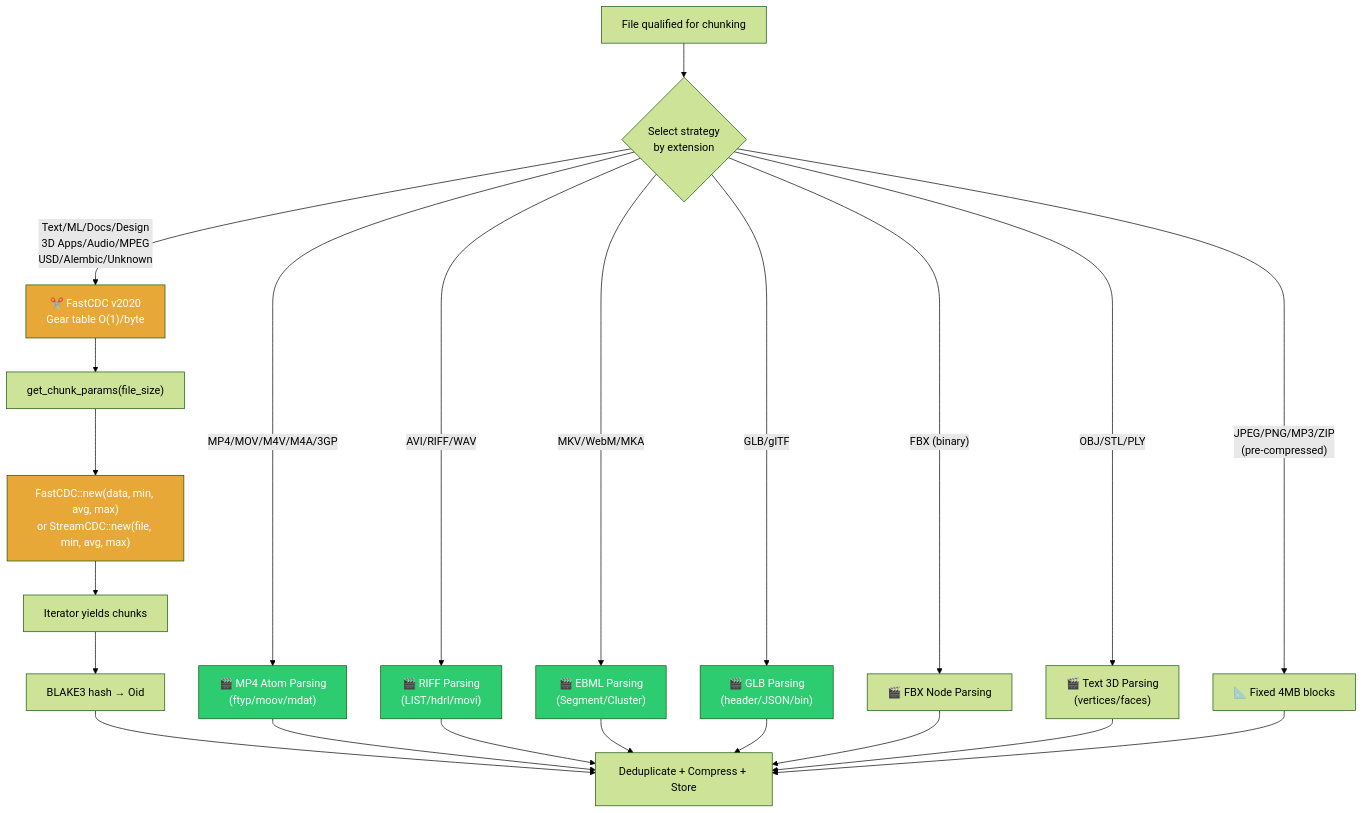
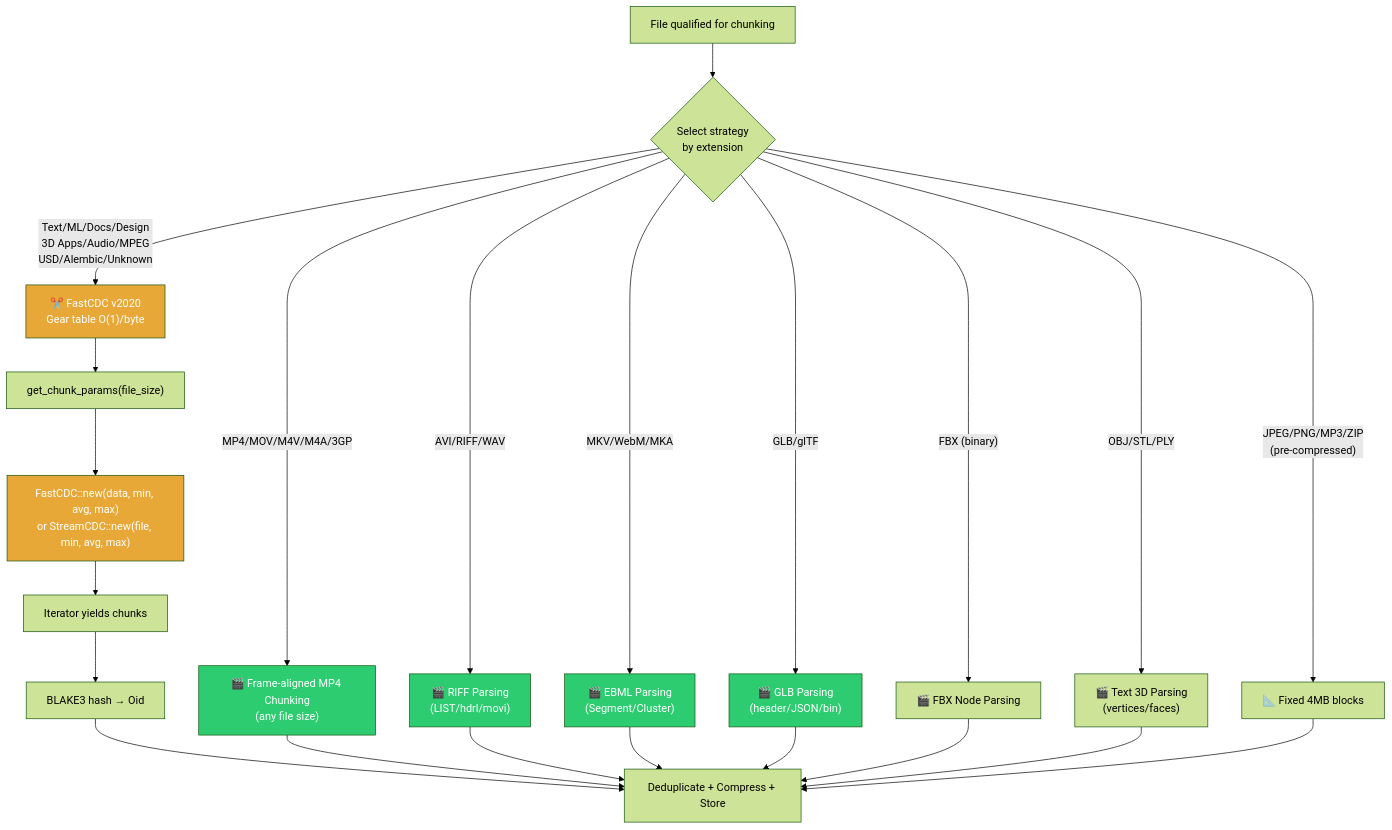
The second of 3 diagrams in SUPPORTED_FORMATS.md (winnyboy5/mediagit-core), drawn with Mermaid (forest theme) before and after one commit. The commit also changed other lines of this file and 7 other files, not shown here.

First line of the commit message:
docs: describe frame-aligned video chunking and measured results

````diff
--- a/SUPPORTED_FORMATS.md
+++ b/SUPPORTED_FORMATS.md
@@ -60,33 +60,33 @@
 ```mermaid
 graph TD
     A["File qualified for chunking"] --> B{"Select strategy<br/>by extension"}
-    B -->|"MP4/MOV/M4V/M4A/3GP"| C["🎬 MP4 Atom Parsing<br/>(ftyp/moov/mdat)"]
+    B -->|"MP4/MOV/M4V/M4A/3GP"| C["🎬 Frame-aligned MP4 Chunking<br/>(any file size)"]
     B -->|"AVI/RIFF/WAV"| D["🎬 RIFF Parsing<br/>(LIST/hdrl/movi)"]
     B -->|"MKV/WebM/MKA"| E["🎬 EBML Parsing<br/>(Segment/Cluster)"]
     B -->|"GLB/glTF"| F["🎬 GLB Parsing<br/>(header/JSON/bin)"]
     B -->|"FBX (binary)"| G["🎬 FBX Node Parsing"]
     B -->|"OBJ/STL/PLY"| H["🎬 Text 3D Parsing<br/>(vertices/faces)"]
     B -->|"Text/ML/Docs/Design<br/>3D Apps/Audio/MPEG<br/>USD/Alembic/Unknown"| I["✂️ FastCDC v2020<br/>Gear table O(1)/byte"]
     B -->|"JPEG/PNG/MP3/ZIP<br/>(pre-compressed)"| J["📐 Fixed 4MB blocks"]
 
     I --> K["get_chunk_params(file_size)"]
     K --> L["FastCDC::new(data, min, avg, max)<br/>or StreamCDC::new(file, min, avg, max)"]
     L --> M["Iterator yields chunks"]
     M --> N["BLAKE3 hash → Oid"]
     N --> O["Deduplicate + Compress + Store"]
 
     C --> O
     D --> O
     E --> O
     F --> O
     G --> O
     H --> O
     J --> O
 
     style I fill:#E8A838,color:#fff
     style L fill:#E8A838,color:#fff
     style C fill:#2ECC71,color:#fff
     style D fill:#2ECC71,color:#fff
     style E fill:#2ECC71,color:#fff
     style F fill:#2ECC71,color:#fff
 ```
````
